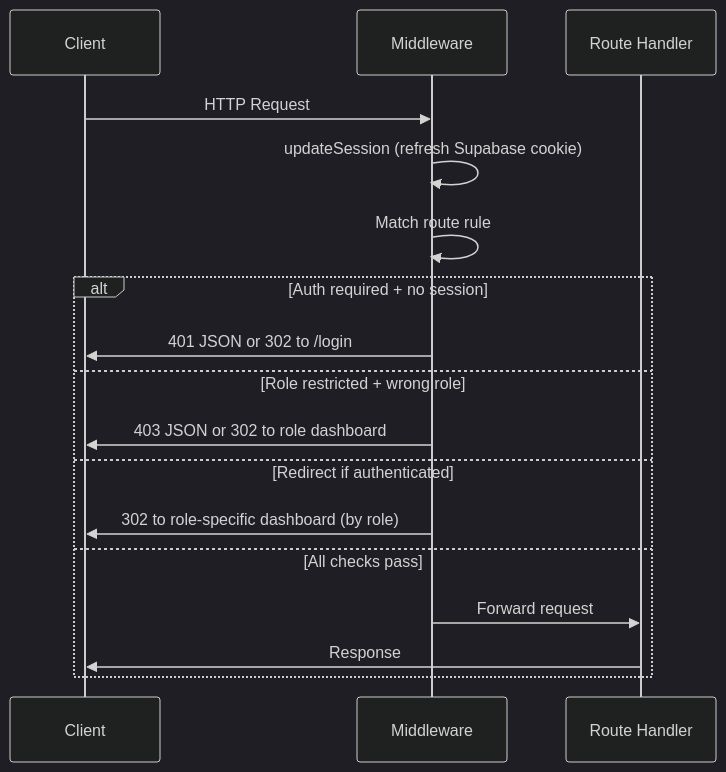
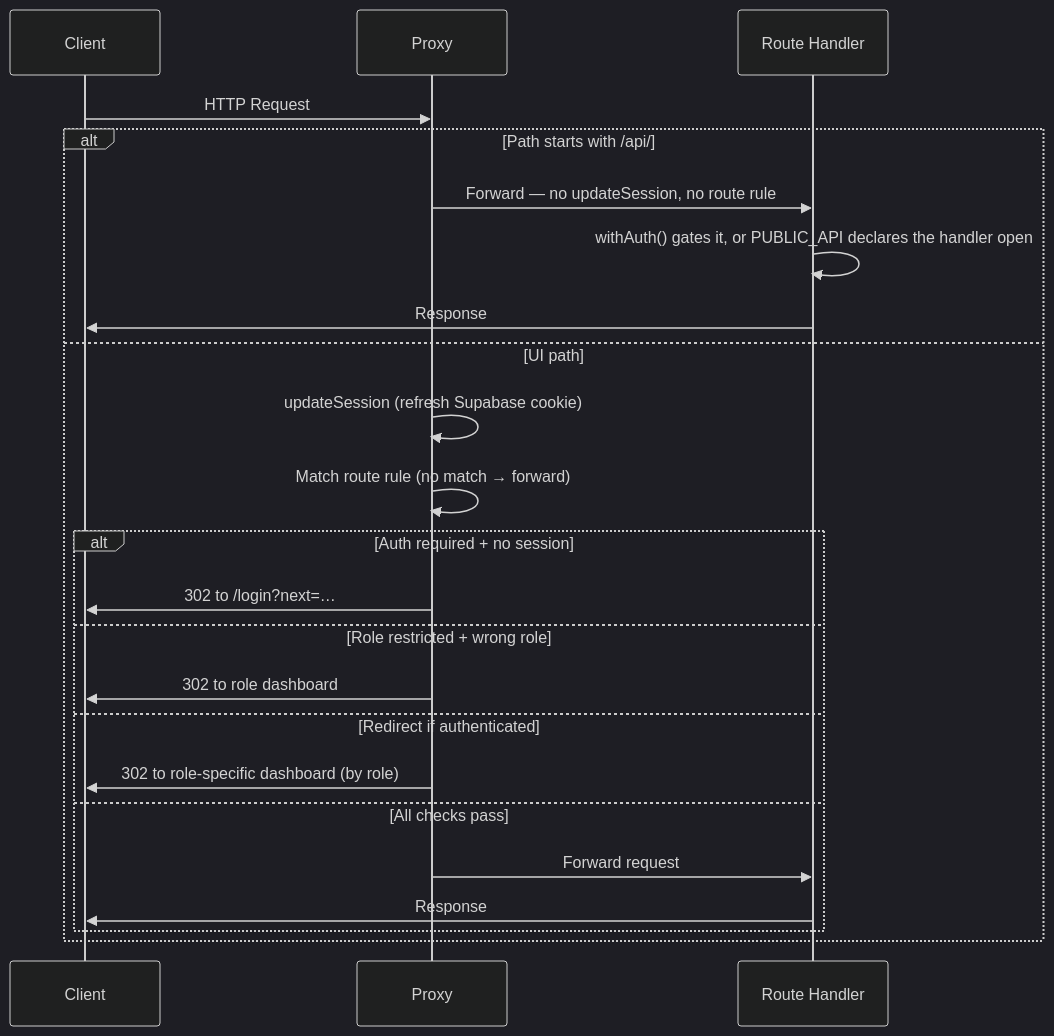
One commit to logyQT/studiq changed the third of 4 diagrams in docs/architecture.md. Above: the diagram before and after it, drawn with Mermaid (dark theme). The commit also changed other lines of this file and 14 other files, not shown here.

First line of the commit message:
fix(api): make the public API surface an inventory the tests enforce (#1220)

````diff
--- a/docs/architecture.md
+++ b/docs/architecture.md
@@ -93,20 +93,26 @@
 ```mermaid
 sequenceDiagram
     participant C as Client
-    participant M as Middleware
+    participant M as Proxy
     participant R as Route Handler
 
     C->>M: HTTP Request
-    M->>M: updateSession (refresh Supabase cookie)
-    M->>M: Match route rule
-    alt Auth required + no session
-        M->>C: 401 JSON or 302 to /login
-    else Role restricted + wrong role
-        M->>C: 403 JSON or 302 to role dashboard
-    else Redirect if authenticated
-        M->>C: 302 to role-specific dashboard (by role)
-    else All checks pass
-        M->>R: Forward request
+    alt Path starts with /api/
+        M->>R: Forward — no updateSession, no route rule
+        R->>R: withAuth() gates it, or PUBLIC_API declares the handler open
         R->>C: Response
+    else UI path
+        M->>M: updateSession (refresh Supabase cookie)
+        M->>M: Match route rule (no match → forward)
+        alt Auth required + no session
+            M->>C: 302 to /login?next=…
+        else Role restricted + wrong role
+            M->>C: 302 to role dashboard
+        else Redirect if authenticated
+            M->>C: 302 to role-specific dashboard (by role)
+        else All checks pass
+            M->>R: Forward request
+            R->>C: Response
+        end
     end
 ```
````
